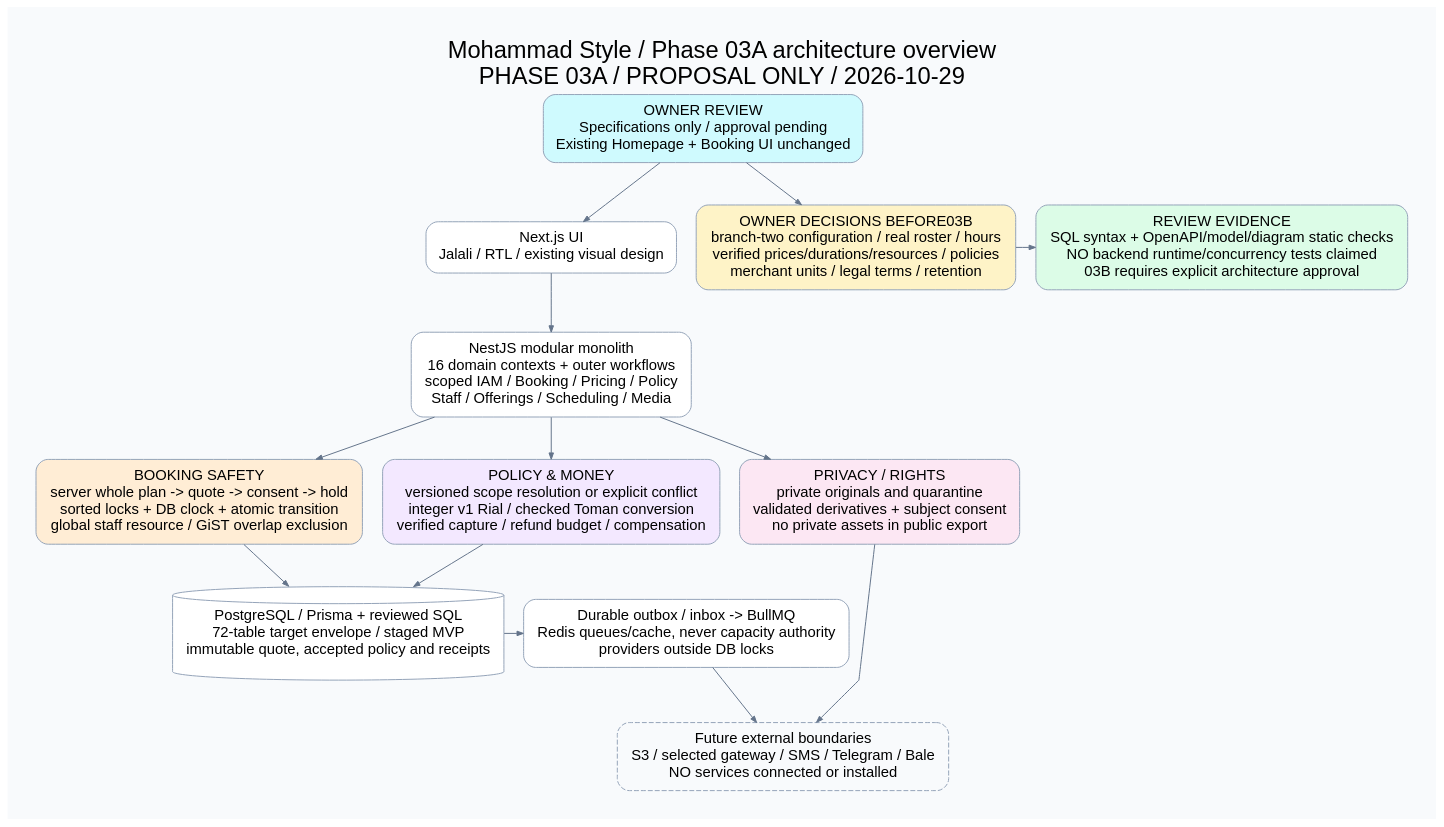
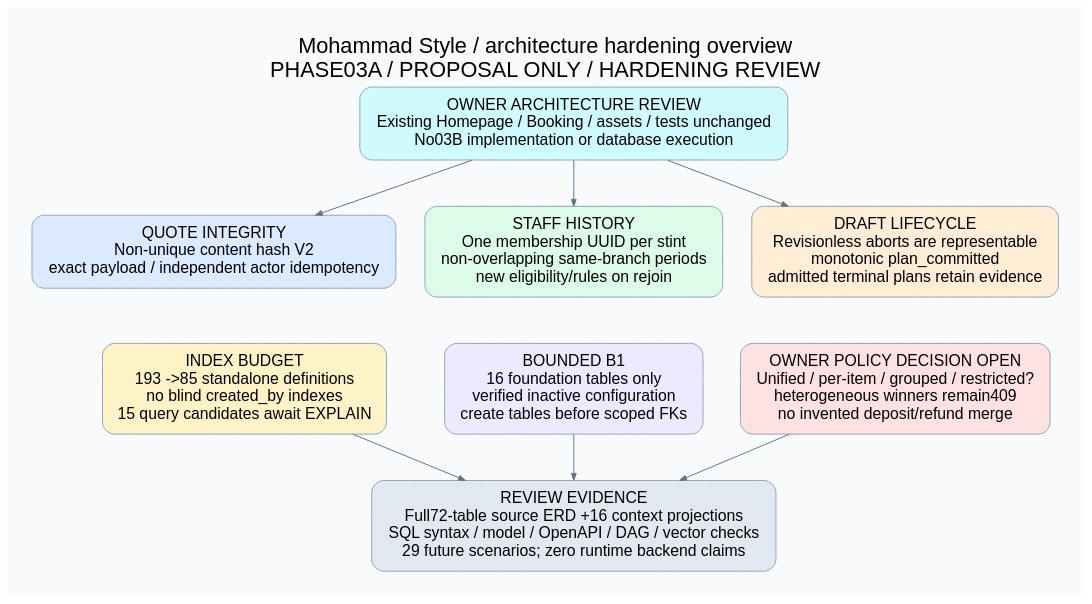
Before and after one commit to mahdihp1997/mohammadstyle-homepage-review: the diagram in docs/architecture/diagrams/overview.dot, drawn with Graphviz. The commit also changed 115 other files, not shown here.

Commit message:
docs: harden sanitized architecture review and context diagrams

```diff
--- a/docs/architecture/diagrams/overview.dot
+++ b/docs/architecture/diagrams/overview.dot
@@ -1,43 +1,34 @@
-digraph G { graph [newrank=true, rankdir=TB, bgcolor="#f8fafc", pad="0.4", nodesep="0.28", ranksep="0.6", fontname="Arial", fontsize=24, labelloc=t, label="Mohammad Style / Phase 03A architecture overview\nPHASE 03A / PROPOSAL ONLY / 2026-10-29", splines=polyline]; node [shape=box,style="rounded,filled",fillcolor="#ffffff",color="#94a3b8",fontname="Arial",fontsize=15,margin="0.18,0.12"]; edge [color="#64748b",arrowsize=0.65,fontname="Arial",fontsize=10];
- owner [label="OWNER REVIEW
-Specifications only / approval pending
-Existing Homepage + Booking UI unchanged",fillcolor="#cffafe"];
- ui [label="Next.js UI
-Jalali / RTL / existing visual design"];
- modules [label="NestJS modular monolith
-16 domain contexts + outer workflows
-scoped IAM / Booking / Pricing / Policy
-Staff / Offerings / Scheduling / Media"];
- tx [label="BOOKING SAFETY
-server whole plan -> quote -> consent -> hold
-sorted locks + DB clock + atomic transition
-global staff resource / GiST overlap exclusion",fillcolor="#ffedd5"];
- pg [label="PostgreSQL / Prisma + reviewed SQL
-72-table target envelope / staged MVP
-immutable quote, accepted policy and receipts",shape=cylinder];
- policy [label="POLICY & MONEY
-versioned scope resolution or explicit conflict
-integer v1 Rial / checked Toman conversion
-verified capture / refund budget / compensation",fillcolor="#f3e8ff"];
- worker [label="Durable outbox / inbox -> BullMQ
-Redis queues/cache, never capacity authority
-providers outside DB locks"];
- media [label="PRIVACY / RIGHTS
-private originals and quarantine
-validated derivatives + subject consent
-no private assets in public export",fillcolor="#fce7f3"];
- providers [label="Future external boundaries
-S3 / selected gateway / SMS / Telegram / Bale
-NO services connected or installed",style="rounded,dashed"];
- decisions [label="OWNER DECISIONS BEFORE03B
-branch-two configuration / real roster / hours
-verified prices/durations/resources / policies
-merchant units / legal terms / retention",fillcolor="#fef3c7"];
- gates [label="REVIEW EVIDENCE
-SQL syntax + OpenAPI/model/diagram static checks
-NO backend runtime/concurrency tests claimed
-03B requires explicit architecture approval",fillcolor="#dcfce7"];
- owner->ui->modules->tx->pg;modules->policy;policy->pg;pg->worker->providers;modules->media->providers;owner->decisions;decisions->gates;
- {rank=same;tx;policy;media;} {rank=same;pg;worker;} {rank=same;decisions;gates;}
-
-}
+digraph G { graph [newrank=true,rankdir=TB,bgcolor="#f8fafc",fontname="Arial",fontsize=22,labelloc=t,label="Mohammad Style / architecture hardening overview\nPHASE03A / PROPOSAL ONLY / HARDENING REVIEW",pad="0.35",nodesep="0.4",ranksep="0.65",splines=polyline]; node [shape=box,style="rounded,filled",fillcolor="#fff",color="#94a3b8",fontname="Arial",fontsize=16,margin="0.2,0.14"]; edge [fontname="Arial",fontsize=12,color="#64748b",arrowsize=0.7];
+ review [label="OWNER ARCHITECTURE REVIEW
+Existing Homepage / Booking / assets / tests unchanged
+No03B implementation or database execution",fillcolor="#cffafe"];
+ hash [label="QUOTE INTEGRITY
+Non-unique content hash V2
+exact payload / independent actor idempotency",fillcolor="#dbeafe"];
+ periods [label="STAFF HISTORY
+One membership UUID per stint
+non-overlapping same-branch periods
+new eligibility/rules on rejoin",fillcolor="#dcfce7"];
+ drafts [label="DRAFT LIFECYCLE
+Revisionless aborts are representable
+monotonic plan_committed
+admitted terminal plans retain evidence",fillcolor="#ffedd5"];
+ indexes [label="INDEX BUDGET
+193 ->85 standalone definitions
+no blind created_by indexes
+15 query candidates await EXPLAIN",fillcolor="#fef3c7"];
+ b1 [label="BOUNDED B1
+16 foundation tables only
+verified inactive configuration
+create tables before scoped FKs",fillcolor="#ede9fe"];
+ policy [label="OWNER POLICY DECISION OPEN
+Unified / per-item / grouped / restricted?
+heterogeneous winners remain409
+no invented deposit/refund merge",fillcolor="#fee2e2"];
+ evidence [label="REVIEW EVIDENCE
+Full72-table source ERD +16 context projections
+SQL syntax / model / OpenAPI / DAG / vector checks
+29 future scenarios; zero runtime backend claims",fillcolor="#e2e8f0"];
+ review->hash;review->periods;review->drafts;hash->indexes [style=invis];periods->b1 [style=invis];drafts->policy [style=invis];indexes->evidence;b1->evidence;policy->evidence;
+ {rank=same;hash;periods;drafts;} {rank=same;indexes;b1;policy;}
+ }
```
